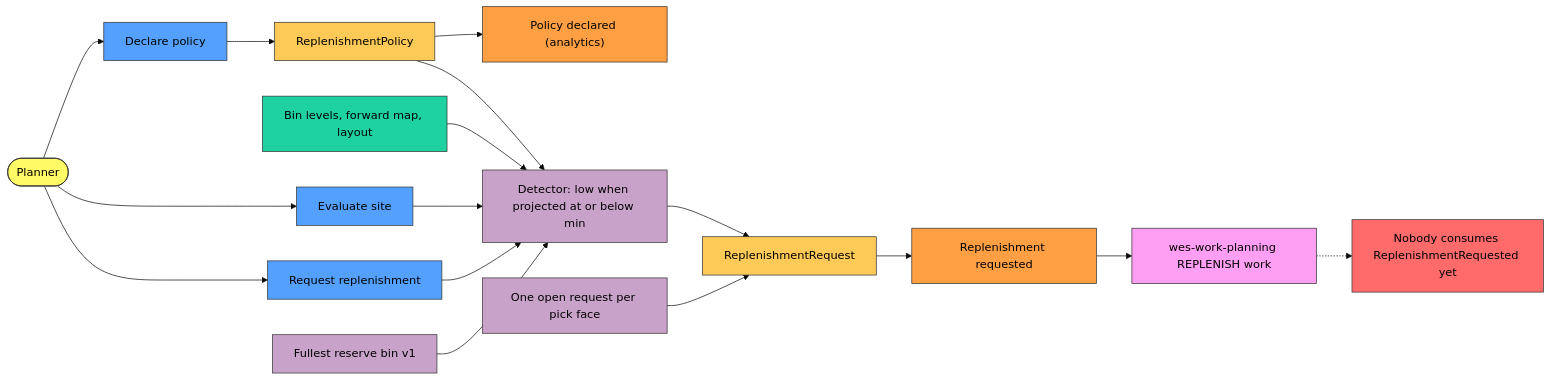
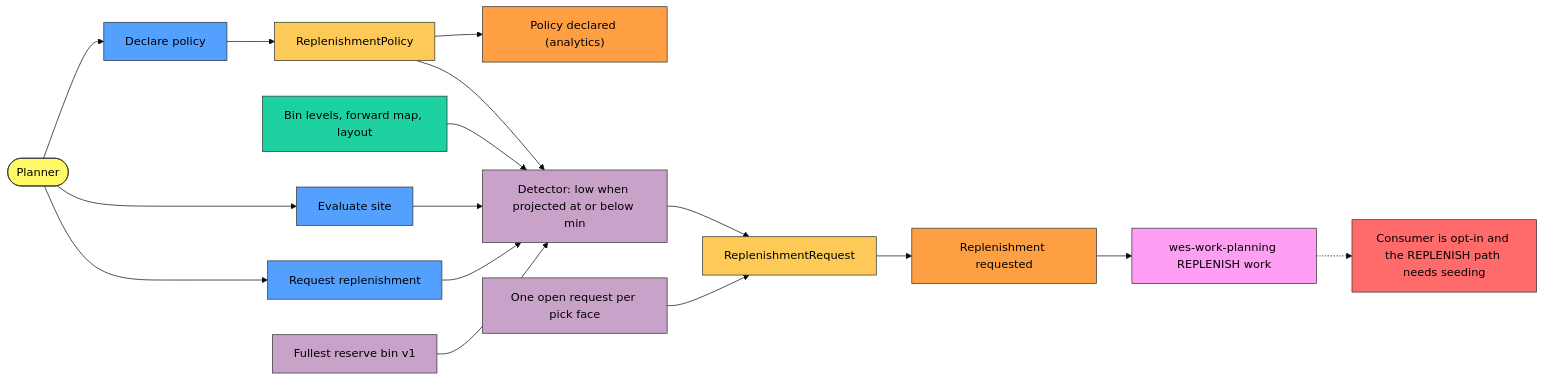
The first of 3 diagrams in docs/contexts/pick-face-replenishment/eventstorming.md (IQVO/warehouse-docs), drawn with Mermaid (base theme) before and after one commit. The commit also changed other lines of this file and 10 other files, not shown here.

````diff
--- a/docs/contexts/pick-face-replenishment/eventstorming.md
+++ b/docs/contexts/pick-face-replenishment/eventstorming.md
@@ -21,37 +21,37 @@
 ```mermaid
 flowchart LR
     classDef event fill:#ff9f43,stroke:#333,color:#000
     classDef command fill:#54a0ff,stroke:#333,color:#000
     classDef aggregate fill:#feca57,stroke:#333,color:#000
     classDef policy fill:#c8a2c8,stroke:#333,color:#000
     classDef readmodel fill:#1dd1a1,stroke:#333,color:#000
     classDef external fill:#ff9ff3,stroke:#333,color:#000
     classDef actor fill:#fffa65,stroke:#333,color:#000
     classDef hotspot fill:#ff6b6b,stroke:#333,color:#000
 
     planner(["Planner"]):::actor
     declare["Declare policy"]:::command
     pol["ReplenishmentPolicy"]:::aggregate
     declared["Policy declared (analytics)"]:::event
     levels["Bin levels, forward map, layout"]:::readmodel
     sweep["Evaluate site"]:::command
     manual["Request replenishment"]:::command
     detect["Detector: low when projected at or below min"]:::policy
     source["Fullest reserve bin v1"]:::policy
     one["One open request per pick face"]:::policy
     req["ReplenishmentRequest"]:::aggregate
     requested["Replenishment requested"]:::event
     work["wes-work-planning REPLENISH work"]:::external
-    hs1["Nobody consumes ReplenishmentRequested yet"]:::hotspot
+    hs1["Consumer is opt-in and the REPLENISH path needs seeding"]:::hotspot
 
     planner --> declare --> pol --> declared
     levels --> detect
     pol --> detect
     planner --> sweep --> detect
     planner --> manual --> detect
     source --> detect
     detect --> req
     one --> req
     req --> requested --> work
     work -.-> hs1
 ```
````
